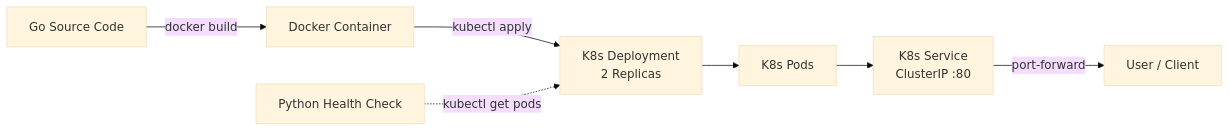
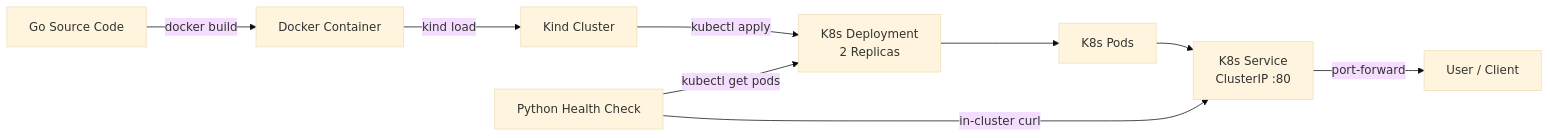
The diagram in README.md (nissandutta31-maker/Kubernetes), drawn with Mermaid (base theme) before and after one commit. The commit also changed other lines of this file and 11 other files, not shown here.

````diff
--- a/README.md
+++ b/README.md
@@ -19,10 +71,12 @@
 ```mermaid
 flowchart LR
     A[Go Source Code] -->|docker build| B[Docker Container]
-    B -->|kubectl apply| C[K8s Deployment<br/>2 Replicas]
-    C --> D[K8s Pods]
-    D --> E[K8s Service<br/>ClusterIP :80]
-    E -->|port-forward| F[User / Client]
+    B -->|kind load| C[Kind Cluster]
+    C -->|kubectl apply| D[K8s Deployment<br/>2 Replicas]
+    D --> E[K8s Pods]
+    E --> F[K8s Service<br/>ClusterIP :80]
+    F -->|port-forward| G[User / Client]
 
-    G[Python Health Check] -.->|kubectl get pods| C
+    H[Python Health Check] -->|kubectl get pods| D
+    H -->|in-cluster curl| F
 ```
````
